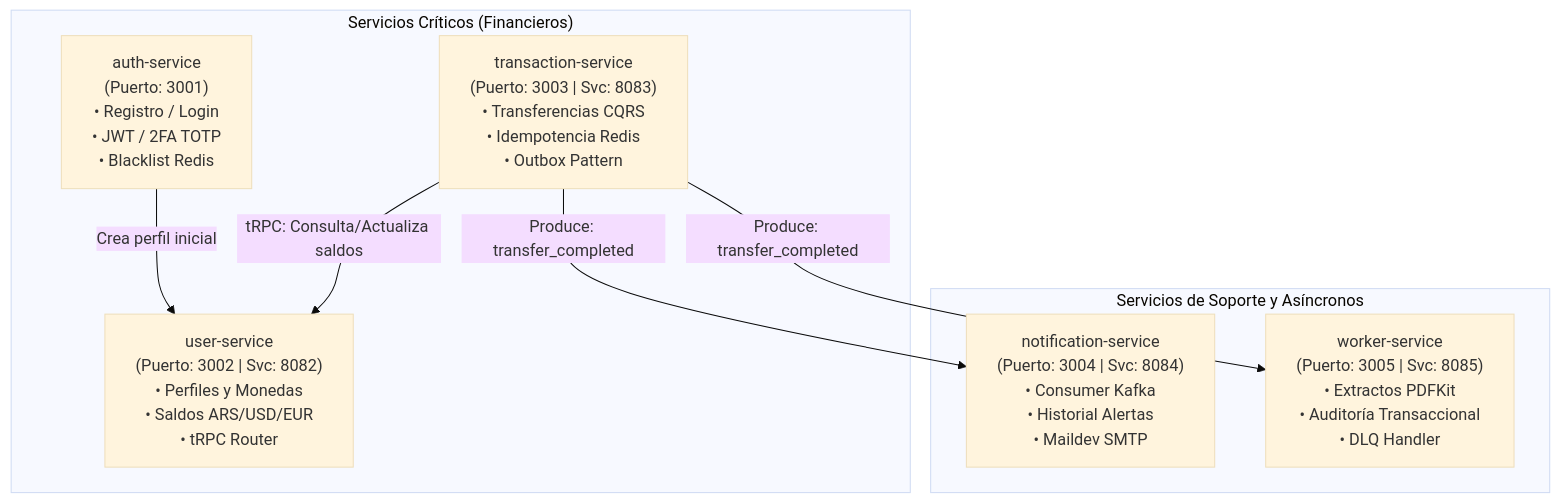
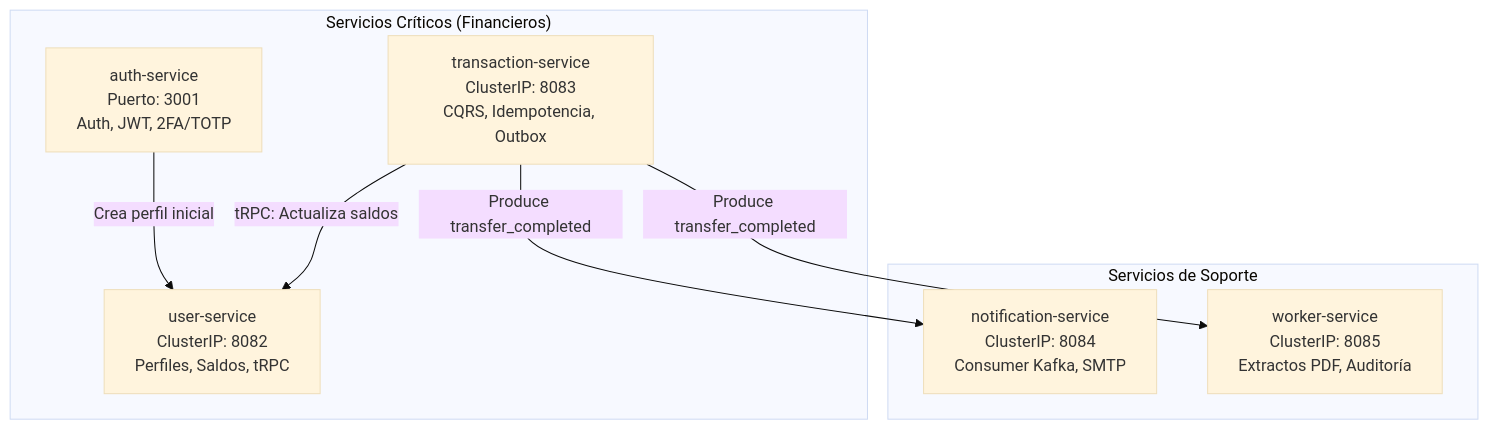
The first of 4 diagrams in docs/architecture.md (bleidertcs/fintech-wallet), drawn with Mermaid (base theme) before and after one commit. The commit also changed other lines of this file and 27 other files, not shown here.

Commit message:
feat: generate project documentation and graphify visualization assets

````diff
--- a/docs/architecture.md
+++ b/docs/architecture.md
@@ -93,18 +93,18 @@
 ```mermaid
 graph TD
     subgraph CoreServices ["Servicios Críticos (Financieros)"]
-        Auth["auth-service<br>(Puerto: 3001)<br>• Registro / Login<br>• JWT / 2FA TOTP<br>• Blacklist Redis"]
-        User["user-service<br>(Puerto: 3002 | Svc: 8082)<br>• Perfiles y Monedas<br>• Saldos ARS/USD/EUR<br>• tRPC Router"]
-        Tx["transaction-service<br>(Puerto: 3003 | Svc: 8083)<br>• Transferencias CQRS<br>• Idempotencia Redis<br>• Outbox Pattern"]
+        Auth["auth-service<br>Puerto: 3001<br>Auth, JWT, 2FA/TOTP"]
+        User["user-service<br>ClusterIP: 8082<br>Perfiles, Saldos, tRPC"]
+        Tx["transaction-service<br>ClusterIP: 8083<br>CQRS, Idempotencia, Outbox"]
     end
 
-    subgraph SupportServices ["Servicios de Soporte y Asíncronos"]
-        Notif["notification-service<br>(Puerto: 3004 | Svc: 8084)<br>• Consumer Kafka<br>• Historial Alertas<br>• Maildev SMTP"]
-        Worker["worker-service<br>(Puerto: 3005 | Svc: 8085)<br>• Extractos PDFKit<br>• Auditoría Transaccional<br>• DLQ Handler"]
+    subgraph SupportServices ["Servicios de Soporte"]
+        Notif["notification-service<br>ClusterIP: 8084<br>Consumer Kafka, SMTP"]
+        Worker["worker-service<br>ClusterIP: 8085<br>Extractos PDF, Auditoría"]
     end
 
     Auth -->|Crea perfil inicial| User
-    Tx -->|tRPC: Consulta/Actualiza saldos| User
-    Tx -->|Produce: transfer_completed| Notif
-    Tx -->|Produce: transfer_completed| Worker
+    Tx -->|tRPC: Actualiza saldos| User
+    Tx -->|Produce transfer_completed| Notif
+    Tx -->|Produce transfer_completed| Worker
 ```
````
